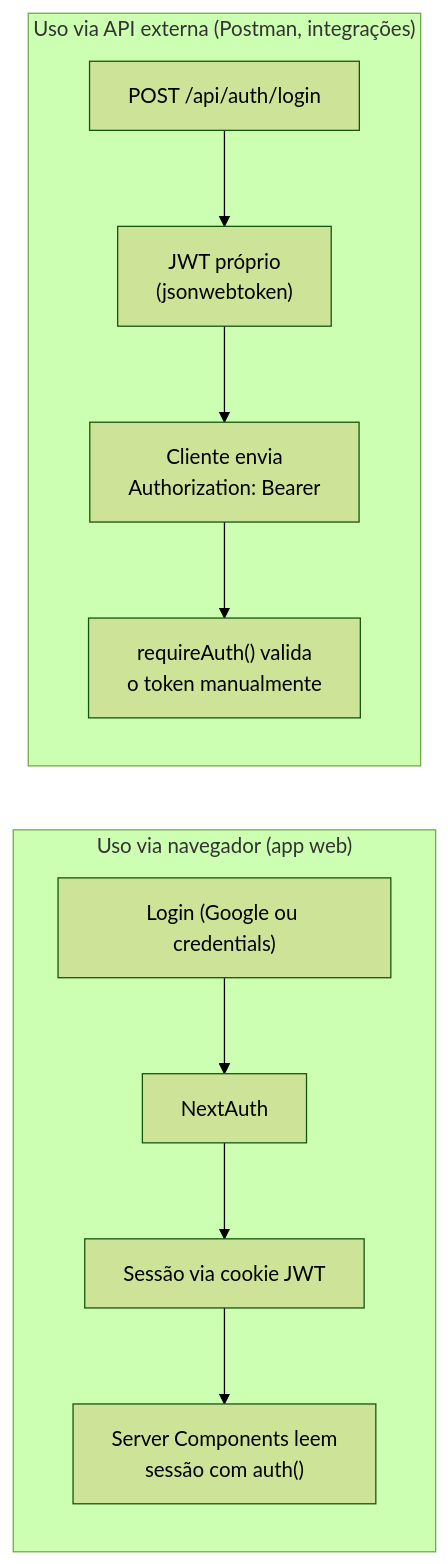
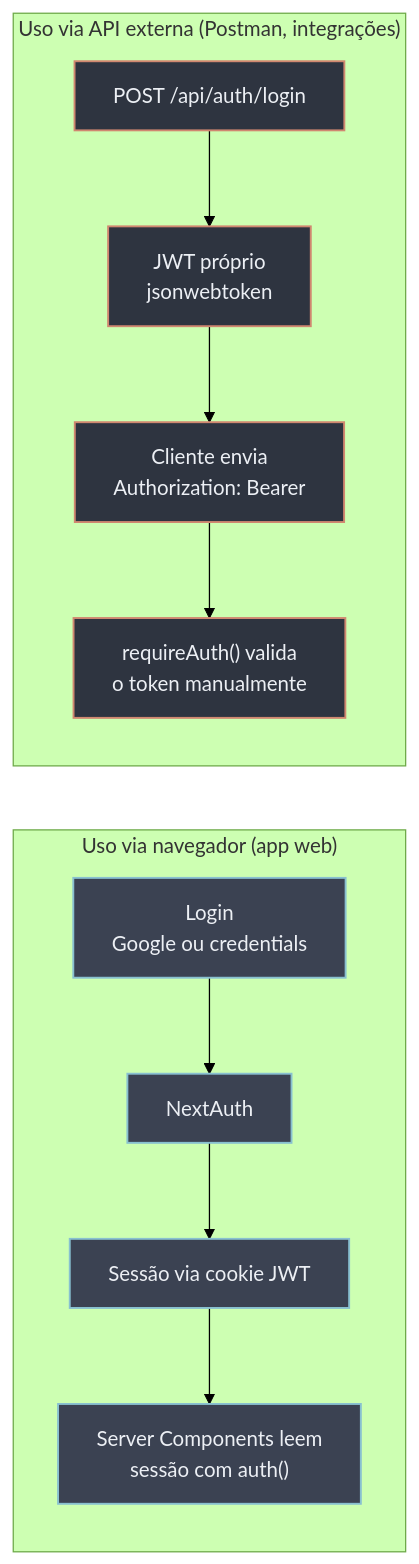
Before and after one commit to JoaoFabris/Meal-Delivery: the third of 3 diagrams in docs/arquitetura.md, drawn with Mermaid (forest theme). The commit also changed other lines of this file, not shown here.

````diff
--- a/docs/arquitetura.md
+++ b/docs/arquitetura.md
@@ -134,16 +144,19 @@
 ```mermaid
 flowchart LR
+    classDef web fill:#3b4252,stroke:#88c0d0,color:#eceff4,stroke-width:1.5px
+    classDef ext fill:#2e3440,stroke:#d08770,color:#eceff4,stroke-width:1.5px
+
     subgraph WebFlow["Uso via navegador (app web)"]
         direction TB
-        A1["Login (Google ou credentials)"] --> A2["NextAuth"]
-        A2 --> A3["Sessão via cookie JWT"]
-        A3 --> A4["Server Components leem<br/>sessão com auth()"]
+        A1["Login<br/>Google ou credentials"]:::web --> A2["NextAuth"]:::web
+        A2 --> A3["Sessão via cookie JWT"]:::web
+        A3 --> A4["Server Components leem<br/>sessão com auth()"]:::web
     end
 
     subgraph ApiFlow["Uso via API externa (Postman, integrações)"]
         direction TB
-        B1["POST /api/auth/login"] --> B2["JWT próprio<br/>(jsonwebtoken)"]
-        B2 --> B3["Cliente envia<br/>Authorization: Bearer"]
-        B3 --> B4["requireAuth() valida<br/>o token manualmente"]
+        B1["POST /api/auth/login"]:::ext --> B2["JWT próprio<br/>jsonwebtoken"]:::ext
+        B2 --> B3["Cliente envia<br/>Authorization: Bearer"]:::ext
+        B3 --> B4["requireAuth() valida<br/>o token manualmente"]:::ext
     end
 ```
````
